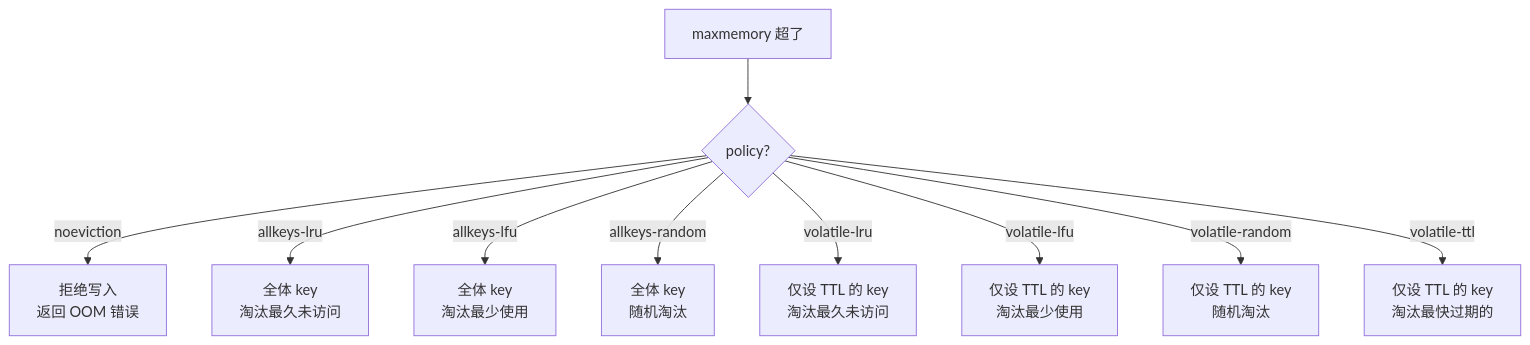
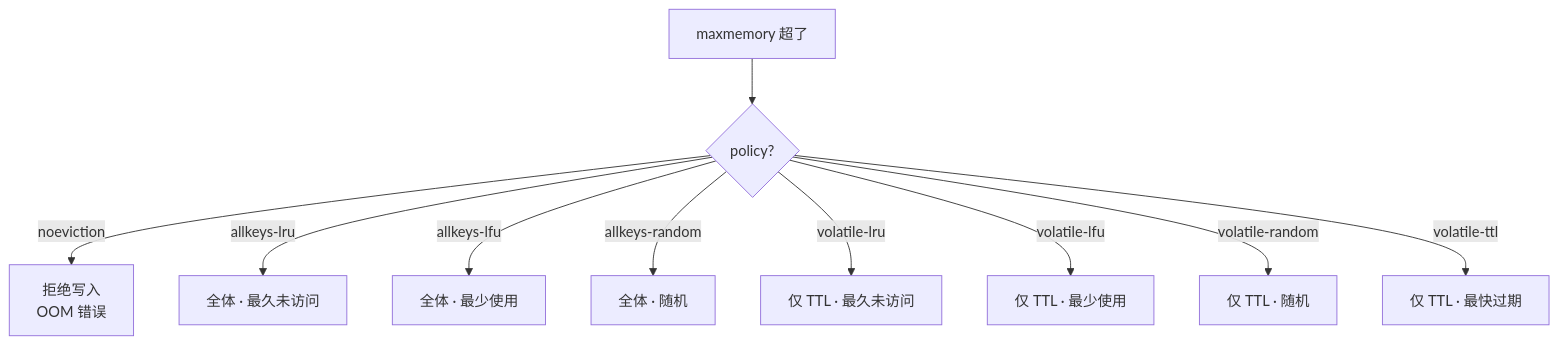
One commit to ml-cuizijun/LearnToLilith changed the seventh of 10 diagrams in 02-中间件与数据库/02-Redis/02-持久化与内存管理/知识点.md. Above: the diagram before and after it, drawn with Mermaid. The commit also changed other lines of this file and 178 other files, not shown here.

````diff
--- a/02-中间件与数据库/02-Redis/02-持久化与内存管理/知识点.md
+++ b/02-中间件与数据库/02-Redis/02-持久化与内存管理/知识点.md
@@ -454,12 +463,12 @@
 ```mermaid
 flowchart TB
     M["maxmemory 超了"] --> P{policy?}
-    P -->|noeviction| N1["拒绝写入<br/>返回 OOM 错误"]
-    P -->|allkeys-lru| N2["全体 key<br/>淘汰最久未访问"]
-    P -->|allkeys-lfu| N3["全体 key<br/>淘汰最少使用"]
-    P -->|allkeys-random| N4["全体 key<br/>随机淘汰"]
-    P -->|volatile-lru| N5["仅设 TTL 的 key<br/>淘汰最久未访问"]
-    P -->|volatile-lfu| N6["仅设 TTL 的 key<br/>淘汰最少使用"]
-    P -->|volatile-random| N7["仅设 TTL 的 key<br/>随机淘汰"]
-    P -->|volatile-ttl| N8["仅设 TTL 的 key<br/>淘汰最快过期的"]
+    P -->|noeviction| N1["拒绝写入<br/>OOM 错误"]
+    P -->|allkeys-lru| N2["全体 · 最久未访问"]
+    P -->|allkeys-lfu| N3["全体 · 最少使用"]
+    P -->|allkeys-random| N4["全体 · 随机"]
+    P -->|volatile-lru| N5["仅 TTL · 最久未访问"]
+    P -->|volatile-lfu| N6["仅 TTL · 最少使用"]
+    P -->|volatile-random| N7["仅 TTL · 随机"]
+    P -->|volatile-ttl| N8["仅 TTL · 最快过期"]
 ```
````
